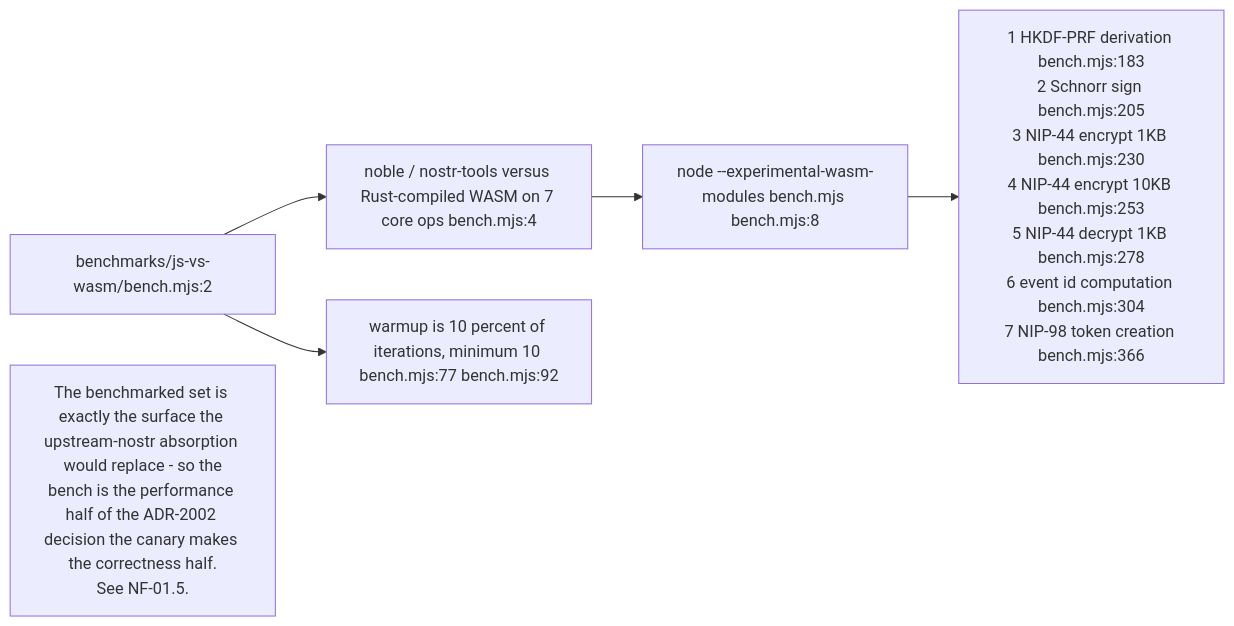
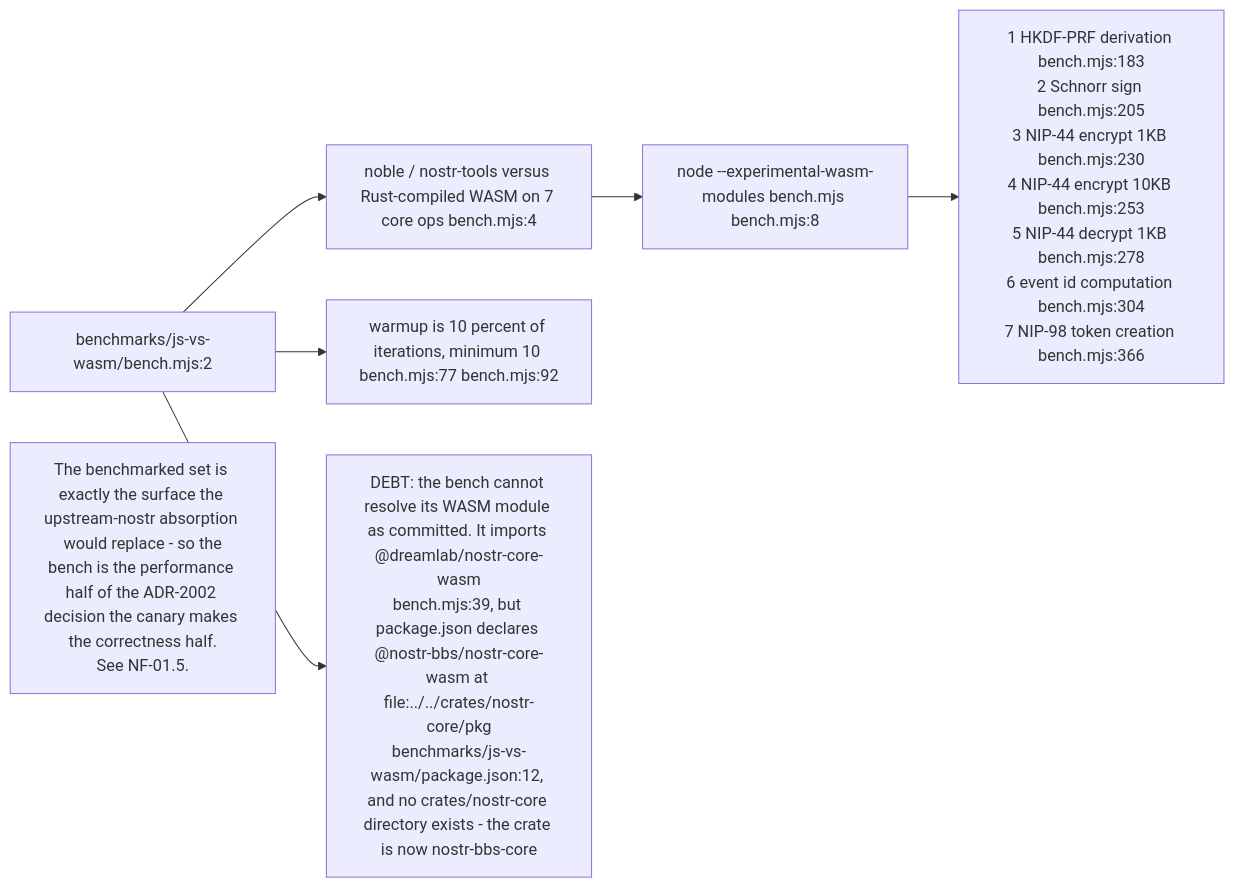
Before and after one commit to DreamLab-AI/VisionFlow: the seventh of 9 diagrams in docs/diagrams/nostr-rust-forum/09-ci-deploy-canary-and-validation.md, drawn with Mermaid. The commit also changed other lines of this file and 91 other files, not shown here.

````diff
--- a/docs/diagrams/nostr-rust-forum/09-ci-deploy-canary-and-validation.md
+++ b/docs/diagrams/nostr-rust-forum/09-ci-deploy-canary-and-validation.md
@@ -204,13 +214,15 @@
 ```mermaid
 flowchart LR
     B["benchmarks/js-vs-wasm/bench.mjs:2"]
     SCOPE["noble / nostr-tools versus Rust-compiled WASM on 7 core ops bench.mjs:4"]
     RUN["node --experimental-wasm-modules bench.mjs bench.mjs:8"]
     OPS["1 HKDF-PRF derivation bench.mjs:183<br/>2 Schnorr sign bench.mjs:205<br/>3 NIP-44 encrypt 1KB bench.mjs:230<br/>4 NIP-44 encrypt 10KB bench.mjs:253<br/>5 NIP-44 decrypt 1KB bench.mjs:278<br/>6 event id computation bench.mjs:304<br/>7 NIP-98 token creation bench.mjs:366"]
     WARM["warmup is 10 percent of iterations, minimum 10 bench.mjs:77 bench.mjs:92"]
 
     B --> SCOPE --> RUN --> OPS
     B --> WARM
 
     N1["The benchmarked set is exactly the surface the upstream-nostr absorption would replace - so the<br/>bench is the performance half of the ADR-2002 decision the canary makes the correctness half.<br/>See NF-01.5."]
+    N2["DEBT: the bench cannot resolve its WASM module as committed. It imports @dreamlab/nostr-core-wasm<br/>bench.mjs:39, but package.json declares @nostr-bbs/nostr-core-wasm at file:../../crates/nostr-core/pkg<br/>benchmarks/js-vs-wasm/package.json:12, and no crates/nostr-core directory exists - the crate is now nostr-bbs-core"]
+    B --> N2
 ```
````
